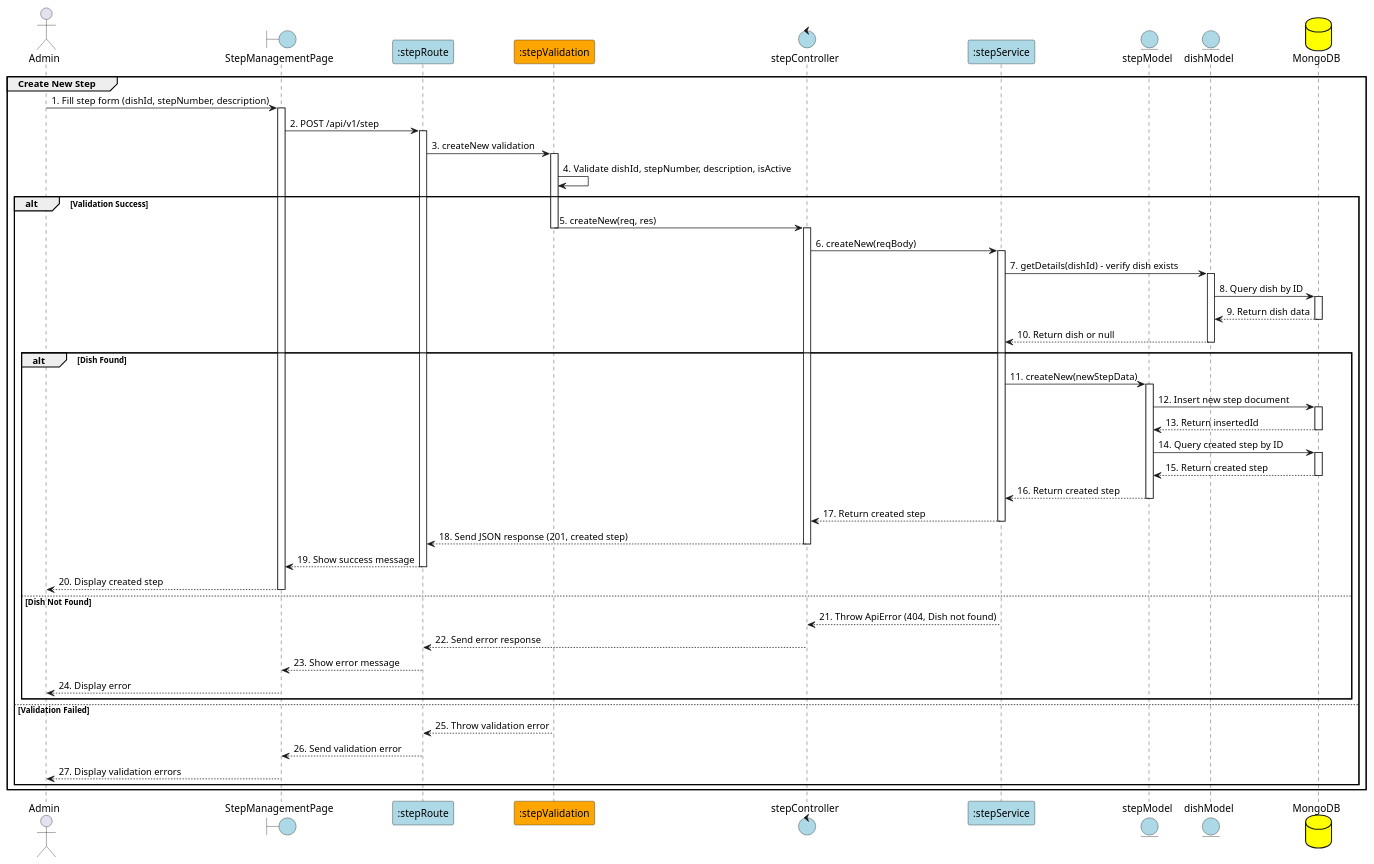
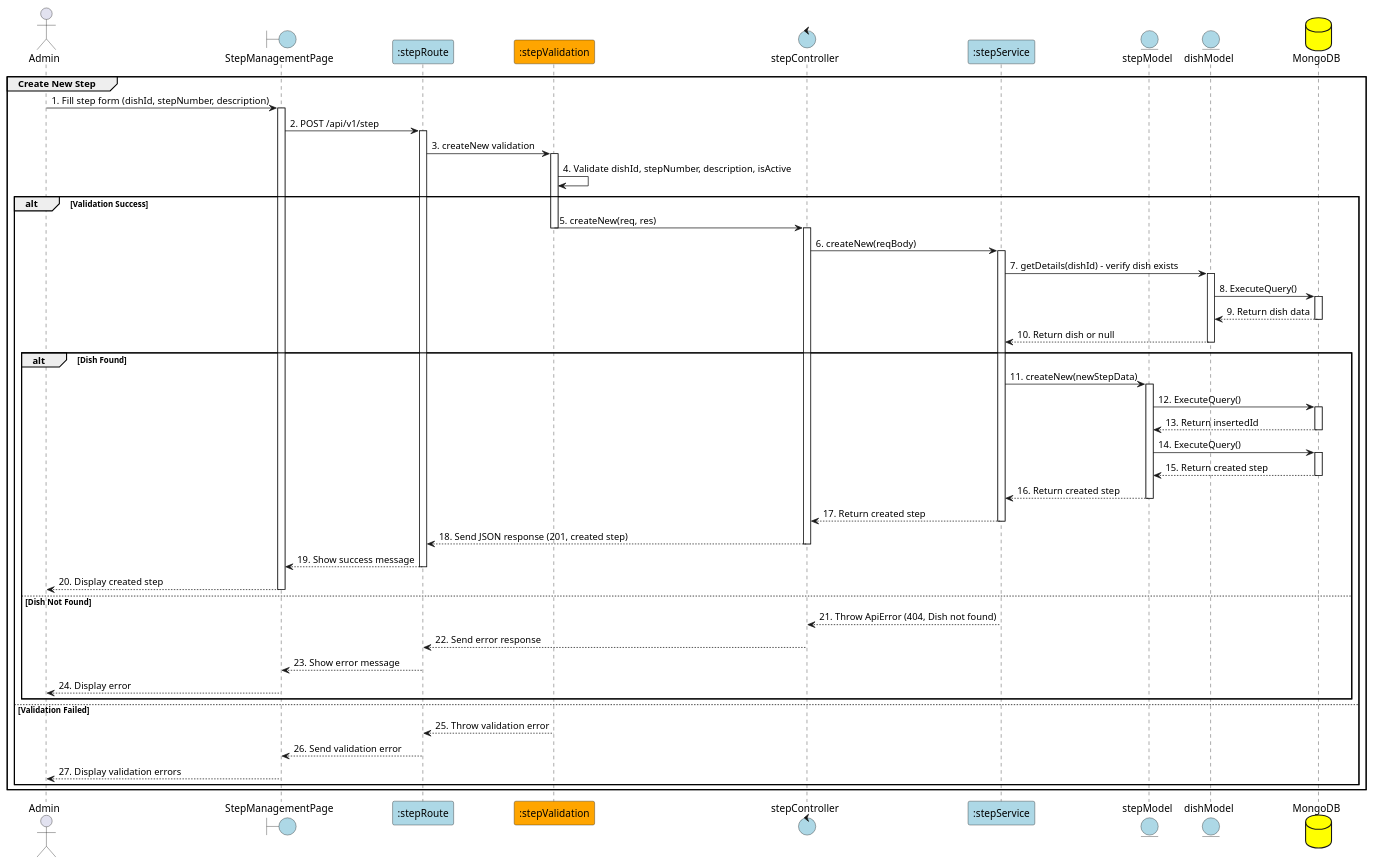
The diagram in PlanUML/33_CreateStep.puml (Aohkne/CaloCook), drawn with PlantUML before and after one commit. The commit also changed 11 other files, not shown here.

```diff
--- a/PlanUML/33_CreateStep.puml
+++ b/PlanUML/33_CreateStep.puml
@@ -1,89 +1,89 @@
 @startuml CreateStep
 
 actor "Admin" as Admin
 boundary "StepManagementPage" as View #lightblue
 participant ":stepRoute" as Route #lightblue
 participant ":stepValidation" as Validation #orange
 control "stepController" as Controller #lightblue
 participant ":stepService" as Service #lightblue
 entity "stepModel" as Model #lightblue
 entity "dishModel" as DishModel #lightblue
 database "MongoDB" as MongoDB #yellow
 
 group Create New Step
 Admin -> View: 1. Fill step form (dishId, stepNumber, description)
 activate View
 View -> Route: 2. POST /api/v1/step
 activate Route
 
 Route -> Validation: 3. createNew validation
 activate Validation
 
 Validation -> Validation: 4. Validate dishId, stepNumber, description, isActive
 alt Validation Success
     Validation -> Controller: 5. createNew(req, res)
     deactivate Validation
     activate Controller
 
     Controller -> Service: 6. createNew(reqBody)
     activate Service
 
     Service -> DishModel: 7. getDetails(dishId) - verify dish exists
     activate DishModel
     
-    DishModel -> MongoDB: 8. Query dish by ID
+    DishModel -> MongoDB: 8. ExecuteQuery()
     activate MongoDB
     
     MongoDB --> DishModel: 9. Return dish data
     deactivate MongoDB
     
     DishModel --> Service: 10. Return dish or null
     deactivate DishModel
 
     alt Dish Found
         Service -> Model: 11. createNew(newStepData)
         activate Model
 
-        Model -> MongoDB: 12. Insert new step document
+        Model -> MongoDB: 12. ExecuteQuery()
         activate MongoDB
 
         MongoDB --> Model: 13. Return insertedId
         deactivate MongoDB
 
-        Model -> MongoDB: 14. Query created step by ID
+        Model -> MongoDB: 14. ExecuteQuery()
         activate MongoDB
 
         MongoDB --> Model: 15. Return created step
         deactivate MongoDB
 
         Model --> Service: 16. Return created step
         deactivate Model
 
         Service --> Controller: 17. Return created step
         deactivate Service
 
         Controller --> Route: 18. Send JSON response (201, created step)
         deactivate Controller
 
         Route --> View: 19. Show success message
         deactivate Route
 
         View --> Admin: 20. Display created step
         deactivate View
 
     else Dish Not Found
         Service --> Controller: 21. Throw ApiError (404, Dish not found)
         Controller --> Route: 22. Send error response
         Route --> View: 23. Show error message
         View --> Admin: 24. Display error
     end
 
 else Validation Failed
     Validation --> Route: 25. Throw validation error
     deactivate Validation
     Route --> View: 26. Send validation error
     View --> Admin: 27. Display validation errors
 end
 end
 
 @enduml
```
